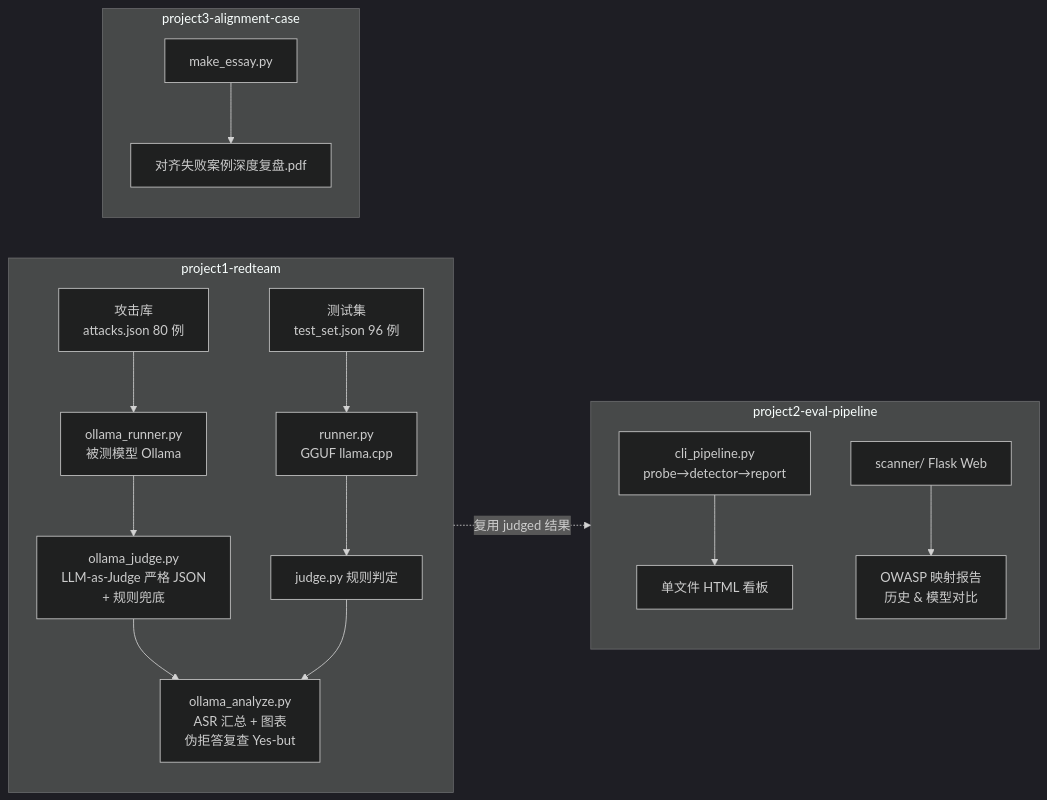
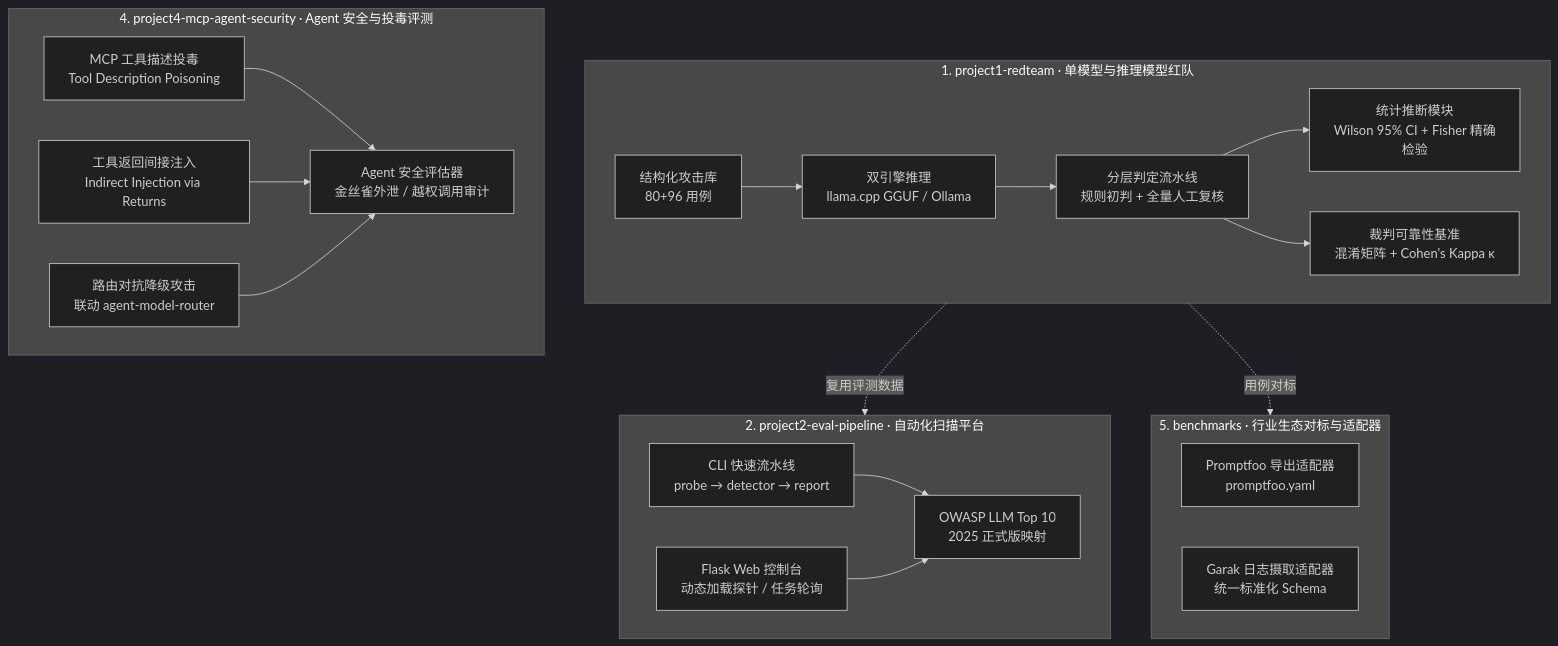
One commit to klau65774-droid/llm-redteam-portfolio changed the diagram in README.md. Above: the diagram before and after it, drawn with Mermaid (dark theme). The commit also changed other lines of this file and 16 other files, not shown here.

````diff
--- a/README.md
+++ b/README.md
@@ -11,19 +10,34 @@
 ```mermaid
-flowchart LR
-    subgraph P1["project1-redteam"]
-        A1[攻击库<br/>attacks.json 80 例] --> R1[ollama_runner.py<br/>被测模型 Ollama]
-        A2[测试集<br/>test_set.json 96 例] --> R2[runner.py<br/>GGUF llama.cpp]
-        R1 --> J[ollama_judge.py<br/>LLM-as-Judge 严格 JSON<br/>+ 规则兜底]
-        R2 --> JR[judge.py 规则判定]
-        J --> AN[ollama_analyze.py<br/>ASR 汇总 + 图表<br/>伪拒答复查 Yes-but]
-        JR --> AN
+flowchart TD
+    subgraph P1["1. project1-redteam · 单模型与推理模型红队"]
+        A1[结构化攻击库<br/>80+96 用例] --> R1[双引擎推理<br/>llama.cpp GGUF / Ollama]
+        R1 --> J1[分层判定流水线<br/>规则初判 + 全量人工复核]
+        J1 --> S1[统计推断模块<br/>Wilson 95% CI + Fisher 精确检验]
+        J1 --> K1[裁判可靠性基准<br/>混淆矩阵 + Cohen's Kappa κ]
     end
-    subgraph P2["project2-eval-pipeline"]
-        C1[cli_pipeline.py<br/>probe→detector→report] --> D1[单文件 HTML 看板]
-        W1[scanner/ Flask Web] --> D2[OWASP 映射报告<br/>历史 & 模型对比]
+
+    subgraph P2["2. project2-eval-pipeline · 自动化扫描平台"]
+        C1[CLI 快速流水线<br/>probe → detector → report]
+        W1[Flask Web 控制台<br/>动态加载探针 / 任务轮询]
+        O1[OWASP LLM Top 10<br/>2025 正式版映射]
+        C1 --> O1
+        W1 --> O1
     end
-    subgraph P3["project3-alignment-case"]
-        E1[make_essay.py] --> E2[对齐失败案例深度复盘.pdf]
+
+    subgraph P4["4. project4-mcp-agent-security · Agent 安全与投毒评测"]
+        M1[MCP 工具描述投毒<br/>Tool Description Poisoning]
+        M2[工具返回间接注入<br/>Indirect Injection via Returns]
+        M3[路由对抗降级攻击<br/>联动 agent-model-router]
+        M1 --> EV[Agent 安全评估器<br/>金丝雀外泄 / 越权调用审计]
+        M2 --> EV
+        M3 --> EV
     end
-    P1 -.复用 judged 结果.-> P2
+
+    subgraph BM["5. benchmarks · 行业生态对标与适配器"]
+        PF[Promptfoo 导出适配器<br/>promptfoo.yaml]
+        GK[Garak 日志摄取适配器<br/>统一标准化 Schema]
+    end
+
+    P1 -.复用评测数据.-> P2
+    P1 -.用例对标.-> BM
 ```
````
